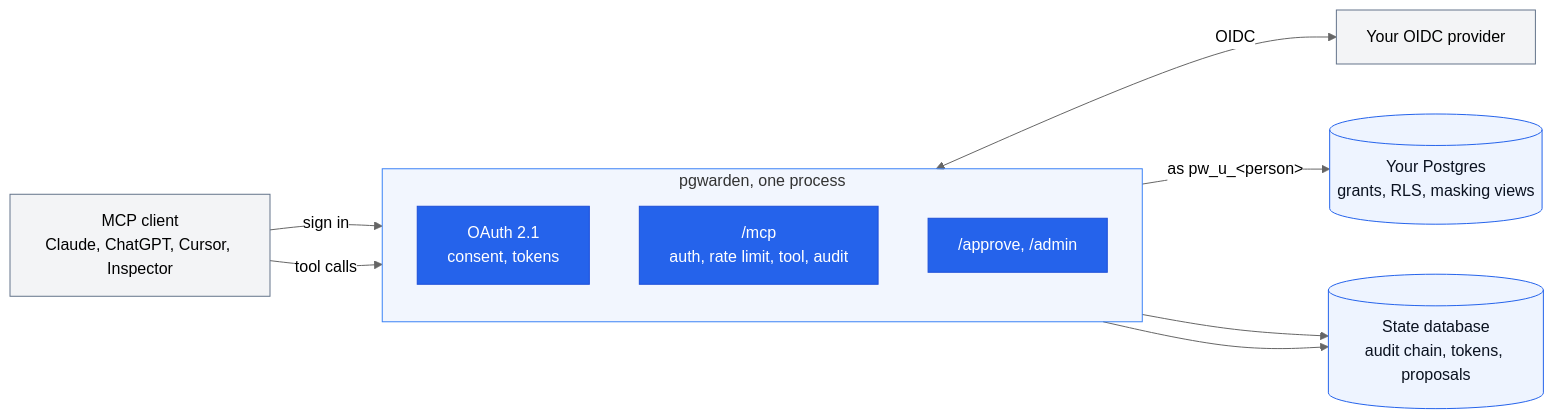
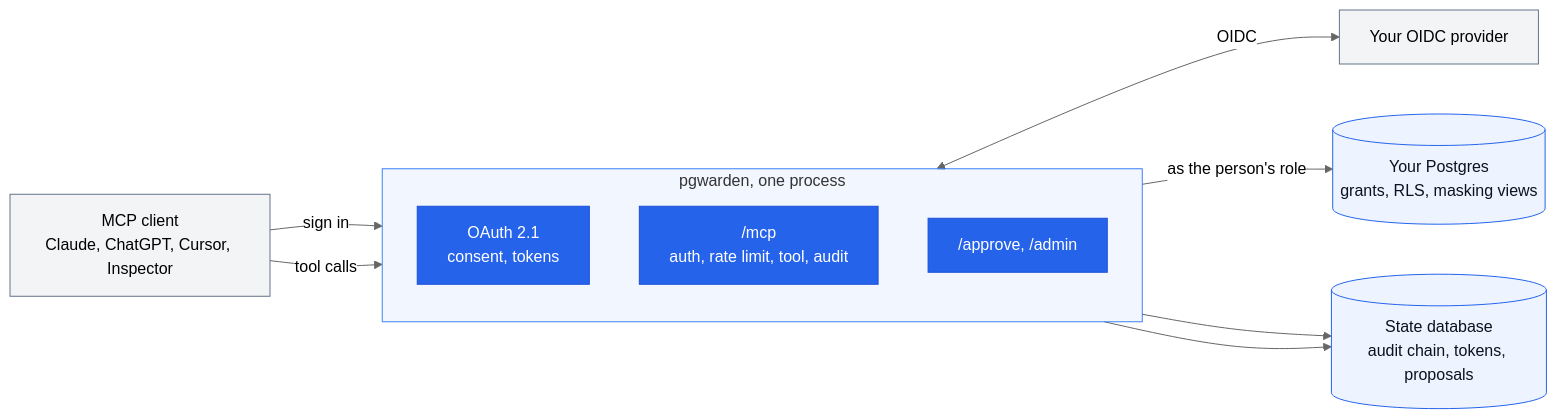
One commit to B0yko/pgwarden changed the first of 3 diagrams in README.md. Above: the diagram before and after it, drawn with Mermaid (neutral theme).

Commit message:
docs(readme): a diagram label GitHub renders in full

````diff
--- a/README.md
+++ b/README.md
@@ -140,26 +140,26 @@
 ```mermaid
 flowchart LR
     client["MCP client<br/>Claude, ChatGPT, Cursor, Inspector"]
     idp["Your OIDC provider"]
     subgraph gw["pgwarden, one process"]
         direction TB
         oauth["OAuth 2.1<br/>consent, tokens"]
         mcp["/mcp<br/>auth, rate limit, tool, audit"]
         pages["/approve, /admin"]
     end
     target[("Your Postgres<br/>grants, RLS, masking views")]
     state[("State database<br/>audit chain, tokens, proposals")]
     client -- sign in --> oauth
     oauth <-- OIDC --> idp
     client -- tool calls --> mcp
-    mcp -- "as pw_u_&lt;person&gt;" --> target
+    mcp -- as the person's role --> target
     mcp --> state
     pages --> state
     classDef hub fill:#2563eb,stroke:#1d4ed8,color:#ffffff
     classDef store fill:#eef4ff,stroke:#2563eb,color:#0b1220
     classDef outside fill:#64748b14,stroke:#64748b
     class oauth,mcp,pages hub
     class target,state store
     class client,idp outside
     style gw fill:#2563eb0f,stroke:#3b82f6
 ```
````
